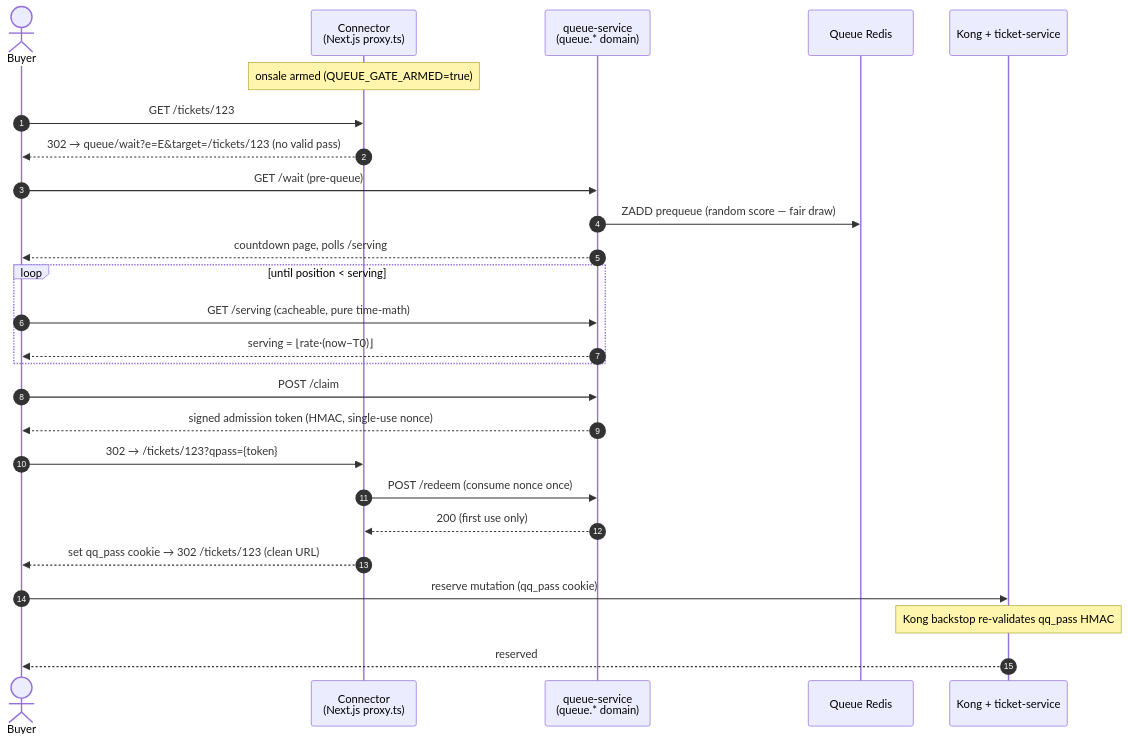
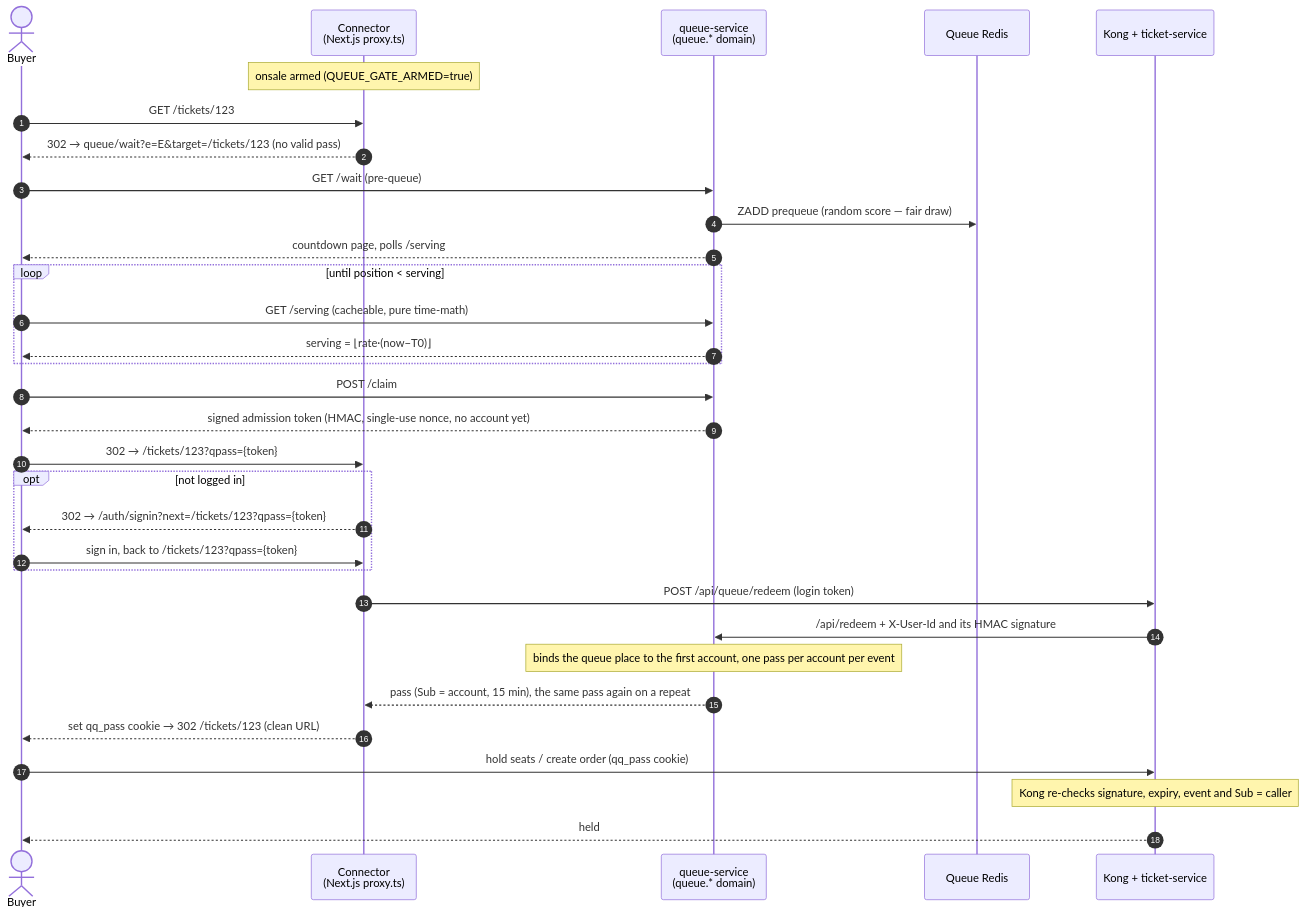
Before and after one commit to emmilcheung/k8s-multi-language-gRPC-microservice: the diagram in README.md, drawn with Mermaid. The commit also changed other lines of this file and 7 other files, not shown here.

Commit message:
docs: describe the account-bound waiting-room pass and gated purchase writes

````diff
--- a/README.md
+++ b/README.md
@@ -68,29 +70,35 @@
 ```mermaid
 sequenceDiagram
     autonumber
     actor B as Buyer
     participant C as Connector<br/>(Next.js proxy.ts)
     participant Q as queue-service<br/>(queue.* domain)
     participant R as Queue Redis
     participant K as Kong + ticket-service
 
     Note over C: onsale armed (QUEUE_GATE_ARMED=true)
     B->>C: GET /tickets/123
     C-->>B: 302 → queue/wait?e=E&target=/tickets/123  (no valid pass)
     B->>Q: GET /wait  (pre-queue)
     Q->>R: ZADD prequeue (random score — fair draw)
     Q-->>B: countdown page, polls /serving
     loop until position < serving
         B->>Q: GET /serving   (cacheable, pure time-math)
         Q-->>B: serving = ⌊rate·(now−T0)⌋
     end
     B->>Q: POST /claim
-    Q-->>B: signed admission token (HMAC, single-use nonce)
+    Q-->>B: signed admission token (HMAC, single-use nonce, no account yet)
     B->>C: 302 → /tickets/123?qpass={token}
-    C->>Q: POST /redeem   (consume nonce once)
-    Q-->>C: 200 (first use only)
+    opt not logged in
+        C-->>B: 302 → /auth/signin?next=/tickets/123?qpass={token}
+        B->>C: sign in, back to /tickets/123?qpass={token}
+    end
+    C->>K: POST /api/queue/redeem (login token)
+    K->>Q: /api/redeem + X-User-Id and its HMAC signature
+    Note over Q: binds the queue place to the first account, one pass per account per event
+    Q-->>C: pass (Sub = account, 15 min), the same pass again on a repeat
     C-->>B: set qq_pass cookie → 302 /tickets/123 (clean URL)
-    B->>K: reserve mutation (qq_pass cookie)
-    Note over K: Kong backstop re-validates qq_pass HMAC
-    K-->>B: reserved
+    B->>K: hold seats / create order (qq_pass cookie)
+    Note over K: Kong re-checks signature, expiry, event and Sub = caller
+    K-->>B: held
 ```
````
